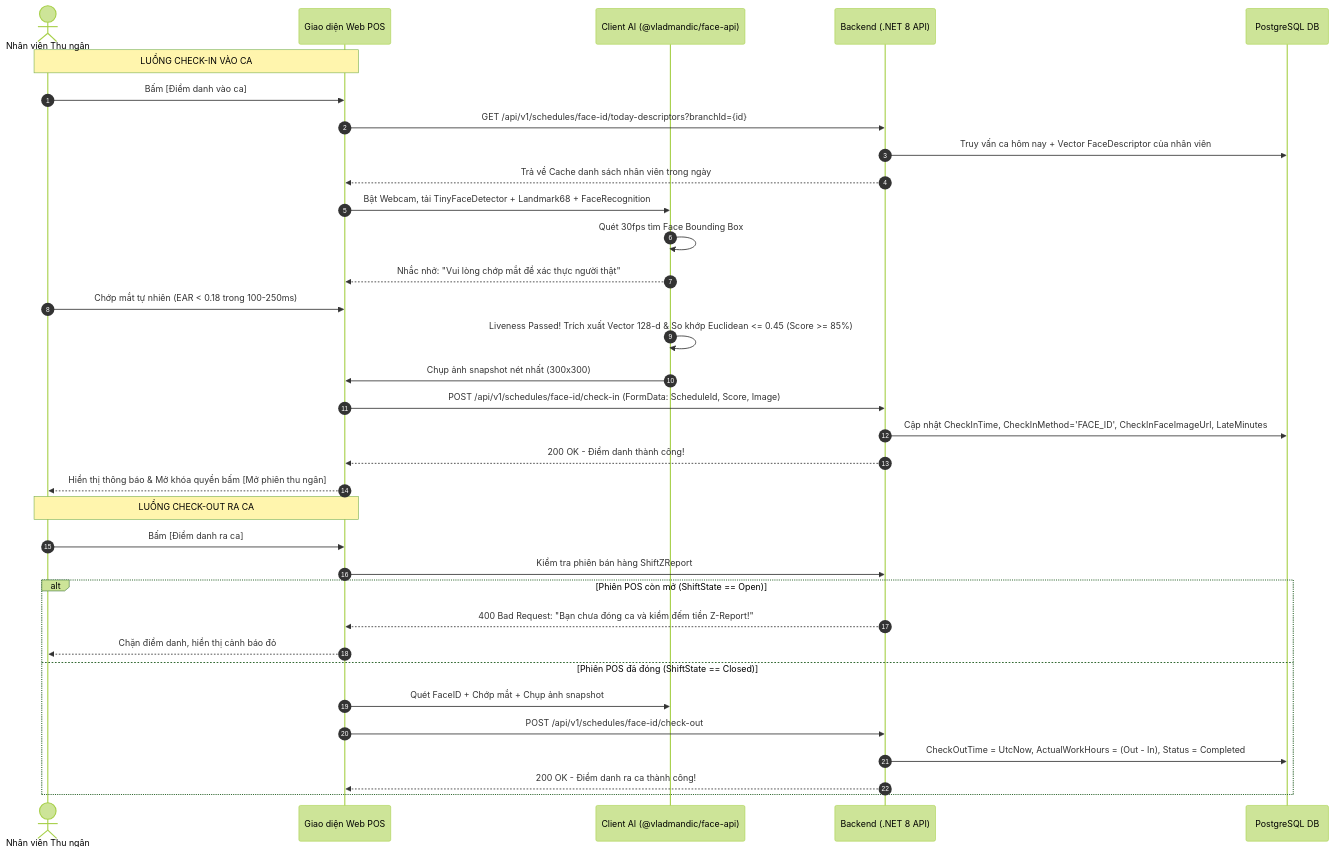
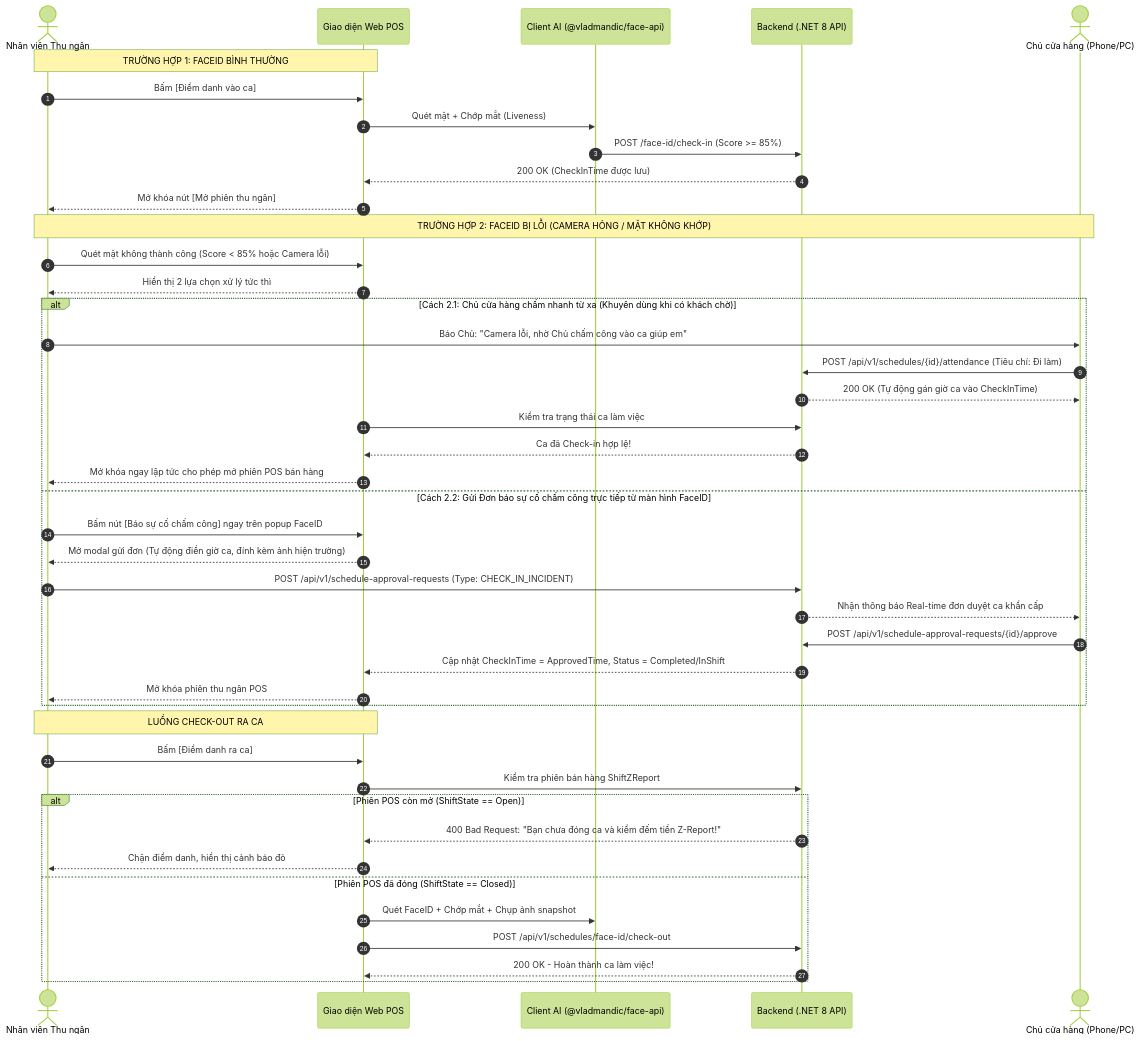
The diagram in team-ai-knowledge/openspec/changes/attendance-faceid-checkin-checkout/design-brief.md (SEP490-G84-MTGRMS/ai-team-kit), drawn with Mermaid (forest theme) before and after one commit. The commit also changed other lines of this file and 1 other file, not shown here.

Commit message:
sep(attendance-faceid-checkin-checkout): update design-brief.md

````diff
--- a/team-ai-knowledge/openspec/changes/attendance-faceid-checkin-checkout/design-brief.md
+++ b/team-ai-knowledge/openspec/changes/attendance-faceid-checkin-checkout/design-brief.md
@@ -5,38 +5,49 @@
 ```mermaid
 sequenceDiagram
     autonumber
     actor NV as Nhân viên Thu ngân
     participant POS as Giao diện Web POS
     participant FaceAPI as Client AI (@vladmandic/face-api)
     participant BE as Backend (.NET 8 API)
-    participant DB as PostgreSQL DB
+    actor Owner as Chủ cửa hàng (Phone/PC)
 
-    Note over NV,POS: LUỒNG CHECK-IN VÀO CA
+    Note over NV,POS: TRƯỜNG HỢP 1: FACEID BÌNH THƯỜNG
     NV->>POS: Bấm [Điểm danh vào ca]
-    POS->>BE: GET /api/v1/schedules/face-id/today-descriptors?branchId={id}
-    BE->>DB: Truy vấn ca hôm nay + Vector FaceDescriptor của nhân viên
-    BE-->>POS: Trả về Cache danh sách nhân viên trong ngày
-    POS->>FaceAPI: Bật Webcam, tải TinyFaceDetector + Landmark68 + FaceRecognition
-    FaceAPI->>FaceAPI: Quét 30fps tìm Face Bounding Box
-    FaceAPI-->>POS: Nhắc nhở: "Vui lòng chớp mắt để xác thực người thật"
-    NV->>POS: Chớp mắt tự nhiên (EAR < 0.18 trong 100-250ms)
-    FaceAPI->>FaceAPI: Liveness Passed! Trích xuất Vector 128-d & So khớp Euclidean <= 0.45 (Score >= 85%)
-    FaceAPI->>POS: Chụp ảnh snapshot nét nhất (300x300)
-    POS->>BE: POST /api/v1/schedules/face-id/check-in (FormData: ScheduleId, Score, Image)
-    BE->>DB: Cập nhật CheckInTime, CheckInMethod='FACE_ID', CheckInFaceImageUrl, LateMinutes
-    BE-->>POS: 200 OK - Điểm danh thành công!
-    POS-->>NV: Hiển thị thông báo & Mở khóa quyền bấm [Mở phiên thu ngân]
+    POS->>FaceAPI: Quét mặt + Chớp mắt (Liveness)
+    FaceAPI->>BE: POST /face-id/check-in (Score >= 85%)
+    BE-->>POS: 200 OK (CheckInTime được lưu)
+    POS-->>NV: Mở khóa nút [Mở phiên thu ngân]
+
+    Note over NV,Owner: TRƯỜNG HỢP 2: FACEID BỊ LỖI (CAMERA HỎNG / MẶT KHÔNG KHỚP)
+    NV->>POS: Quét mặt không thành công (Score < 85% hoặc Camera lỗi)
+    POS-->>NV: Hiển thị 2 lựa chọn xử lý tức thì
+
+    alt Cách 2.1: Chủ cửa hàng chấm nhanh từ xa (Khuyên dùng khi có khách chờ)
+        NV->>Owner: Báo Chủ: "Camera lỗi, nhờ Chủ chấm công vào ca giúp em"
+        Owner->>BE: POST /api/v1/schedules/{id}/attendance (Tiêu chí: Đi làm)
+        BE-->>Owner: 200 OK (Tự động gán giờ ca vào CheckInTime)
+        POS->>BE: Kiểm tra trạng thái ca làm việc
+        BE-->>POS: Ca đã Check-in hợp lệ!
+        POS-->>NV: Mở khóa ngay lập tức cho phép mở phiên POS bán hàng
+    else Cách 2.2: Gửi Đơn báo sự cố chấm công trực tiếp từ màn hình FaceID
+        NV->>POS: Bấm nút [Báo sự cố chấm công] ngay trên popup FaceID
+        POS-->>NV: Mở modal gửi đơn (Tự động điền giờ ca, đính kèm ảnh hiện trường)
+        NV->>BE: POST /api/v1/schedule-approval-requests (Type: CHECK_IN_INCIDENT)
+        BE-->>Owner: Nhận thông báo Real-time đơn duyệt ca khẩn cấp
+        Owner->>BE: POST /api/v1/schedule-approval-requests/{id}/approve
+        BE-->>POS: Cập nhật CheckInTime = ApprovedTime, Status = Completed/InShift
+        POS-->>NV: Mở khóa phiên thu ngân POS
+    end
 
     Note over NV,POS: LUỒNG CHECK-OUT RA CA
     NV->>POS: Bấm [Điểm danh ra ca]
     POS->>BE: Kiểm tra phiên bán hàng ShiftZReport
     alt Phiên POS còn mở (ShiftState == Open)
         BE-->>POS: 400 Bad Request: "Bạn chưa đóng ca và kiểm đếm tiền Z-Report!"
         POS-->>NV: Chặn điểm danh, hiển thị cảnh báo đỏ
     else Phiên POS đã đóng (ShiftState == Closed)
         POS->>FaceAPI: Quét FaceID + Chớp mắt + Chụp ảnh snapshot
         POS->>BE: POST /api/v1/schedules/face-id/check-out
-        BE->>DB: CheckOutTime = UtcNow, ActualWorkHours = (Out - In), Status = Completed
-        BE-->>POS: 200 OK - Điểm danh ra ca thành công!
+        BE-->>POS: 200 OK - Hoàn thành ca làm việc!
     end
 ```
````
